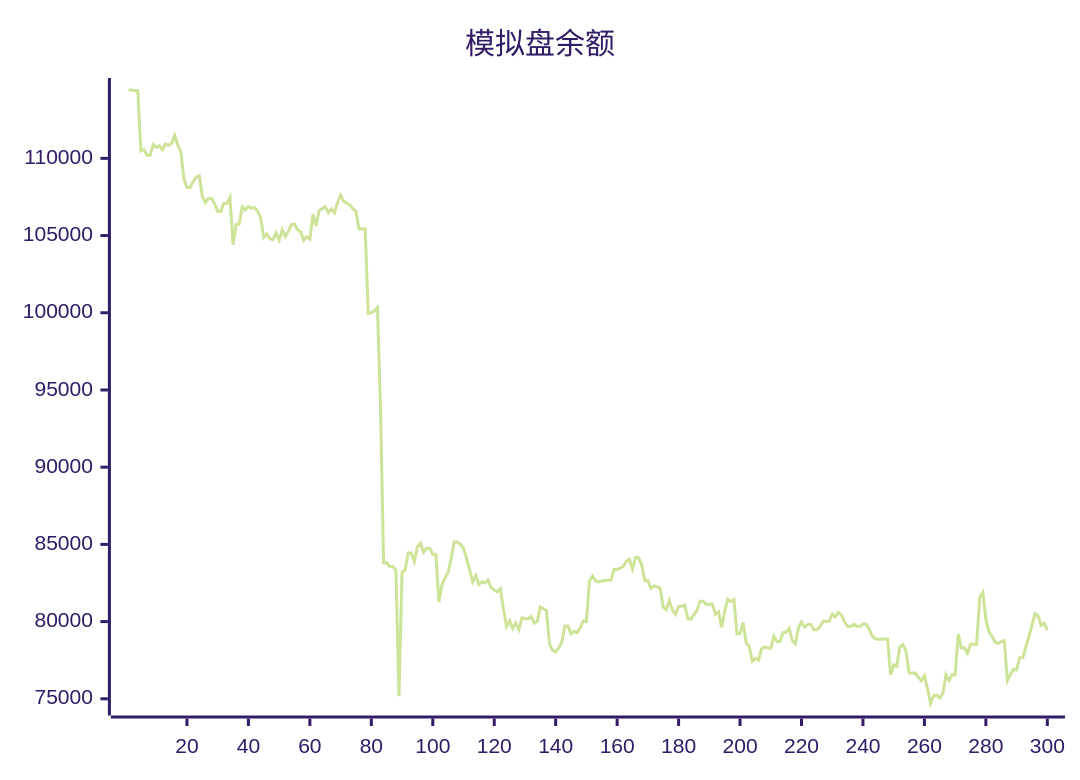
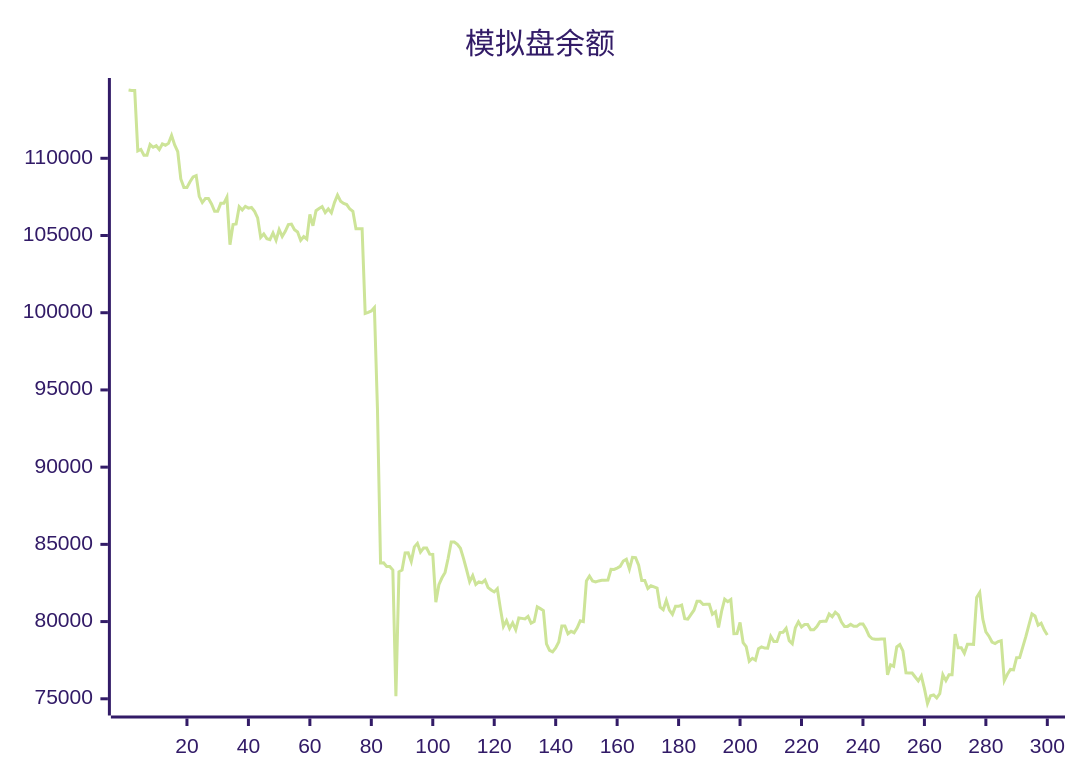
Before and after one commit to aahl/ai-trading: the diagram in README.md, drawn with Mermaid (forest theme). The commit also changed other lines of this file and 1 other file, not shown here.

````diff
--- a/README.md
+++ b/README.md
@@ -5,5 +5,5 @@
 ```mermaid
 xychart
     title "模拟盘余额"
-    line [114427,114422,114384,114384,110477,110576,110198,110198,110890,110712,110812,110569,110929,110847,110968,111478,110870,110433,108661,108116,108115,108485,108797,108877,107536,107134,107393,107393,107046,106565,106565,107081,107081,107478,104404,105715,105749,106866,106651,106889,106771,106816,106565,106141,104876,105103,104796,104734,105169,104690,105380,104941,105272,105709,105739,105374,105227,104691,104924,104762,106364,105628,106608,106748,106872,106485,106721,106468,107132,107620,107224,107080,107001,106717,106567,105431,105431,105440,99950,100017,100113,100337,93749,83795,83807,83567,83567,83342,75168,83222,83336,84448,84449,83896,84839,85065,84499,84757,84757,84364,84347,81254,82385,82835,83184,84099,85150,85150,85002,84751,84096,83356,82582,82983,82404,82572,82512,82688,82200,82047,81920,82125,80840,79688,80060,79552,79920,79470,80236,80208,80170,80336,79894,80006,80954,80837,80712,78561,78139,78037,78293,78682,79720,79720,79214,79372,79279,79591,80046,79993,82625,82950,82626,82571,82633,82670,82670,82681,83386,83378,83464,83579,83920,84037,83402,84160,84142,83652,82655,82655,82145,82315,82243,82163,80934,80770,81371,80742,80468,80989,80989,81067,80191,80155,80450,80737,81309,81309,81106,81119,81119,80471,80631,79624,80670,81448,81290,81429,79212,79222,79940,78643,78380,77432,77623,77504,78235,78358,78284,78277,79048,78714,78714,79290,79308,79567,78763,78563,79603,79988,79652,79813,79813,79476,79469,79673,79995,80015,80015,80486,80314,80600,80436,79966,79689,79689,79819,79692,79692,79850,79850,79518,79071,78889,78850,78850,78878,78878,76554,77202,77103,78357,78510,78106,76678,76677,76672,76411,76159,76485,75656,74695,75197,75246,75052,75334,76564,76179,76553,76551,79196,78300,78300,77944,78531,78531,78521,81564,81884,80160,79335,79055,78675,78580,78708,78764,76179,76586,76902,76876,77658,77669,78346,79023,79769,80497,80366,79761,79896,79448]
+    line [114422,114384,114384,110477,110576,110198,110198,110890,110712,110812,110569,110929,110847,110968,111478,110870,110433,108661,108116,108115,108485,108797,108877,107536,107134,107393,107393,107046,106565,106565,107081,107081,107478,104404,105715,105749,106866,106651,106889,106771,106816,106565,106141,104876,105103,104796,104734,105169,104690,105380,104941,105272,105709,105739,105374,105227,104691,104924,104762,106364,105628,106608,106748,106872,106485,106721,106468,107132,107620,107224,107080,107001,106717,106567,105431,105431,105440,99950,100017,100113,100337,93749,83795,83807,83567,83567,83342,75168,83222,83336,84448,84449,83896,84839,85065,84499,84757,84757,84364,84347,81254,82385,82835,83184,84099,85150,85150,85002,84751,84096,83356,82582,82983,82404,82572,82512,82688,82200,82047,81920,82125,80840,79688,80060,79552,79920,79470,80236,80208,80170,80336,79894,80006,80954,80837,80712,78561,78139,78037,78293,78682,79720,79720,79214,79372,79279,79591,80046,79993,82625,82950,82626,82571,82633,82670,82670,82681,83386,83378,83464,83579,83920,84037,83402,84160,84142,83652,82655,82655,82145,82315,82243,82163,80934,80770,81371,80742,80468,80989,80989,81067,80191,80155,80450,80737,81309,81309,81106,81119,81119,80471,80631,79624,80670,81448,81290,81429,79212,79222,79940,78643,78380,77432,77623,77504,78235,78358,78284,78277,79048,78714,78714,79290,79308,79567,78763,78563,79603,79988,79652,79813,79813,79476,79469,79673,79995,80015,80015,80486,80314,80600,80436,79966,79689,79689,79819,79692,79692,79850,79850,79518,79071,78889,78850,78850,78878,78878,76554,77202,77103,78357,78510,78106,76678,76677,76672,76411,76159,76485,75656,74695,75197,75246,75052,75334,76564,76179,76553,76551,79196,78300,78300,77944,78531,78531,78521,81564,81884,80160,79335,79055,78675,78580,78708,78764,76179,76586,76902,76876,77658,77669,78346,79023,79769,80497,80366,79761,79896,79448,79126]
 ```
````
